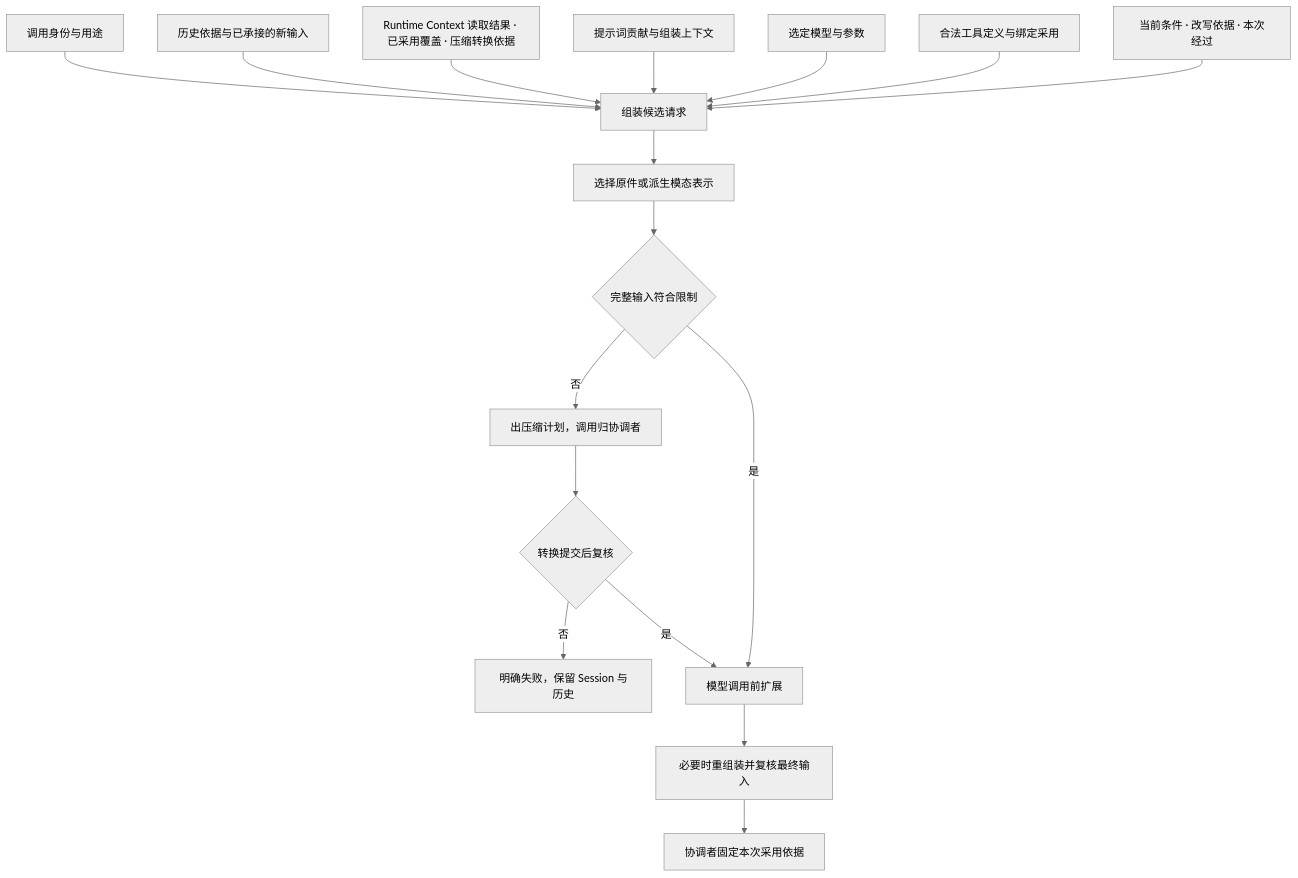
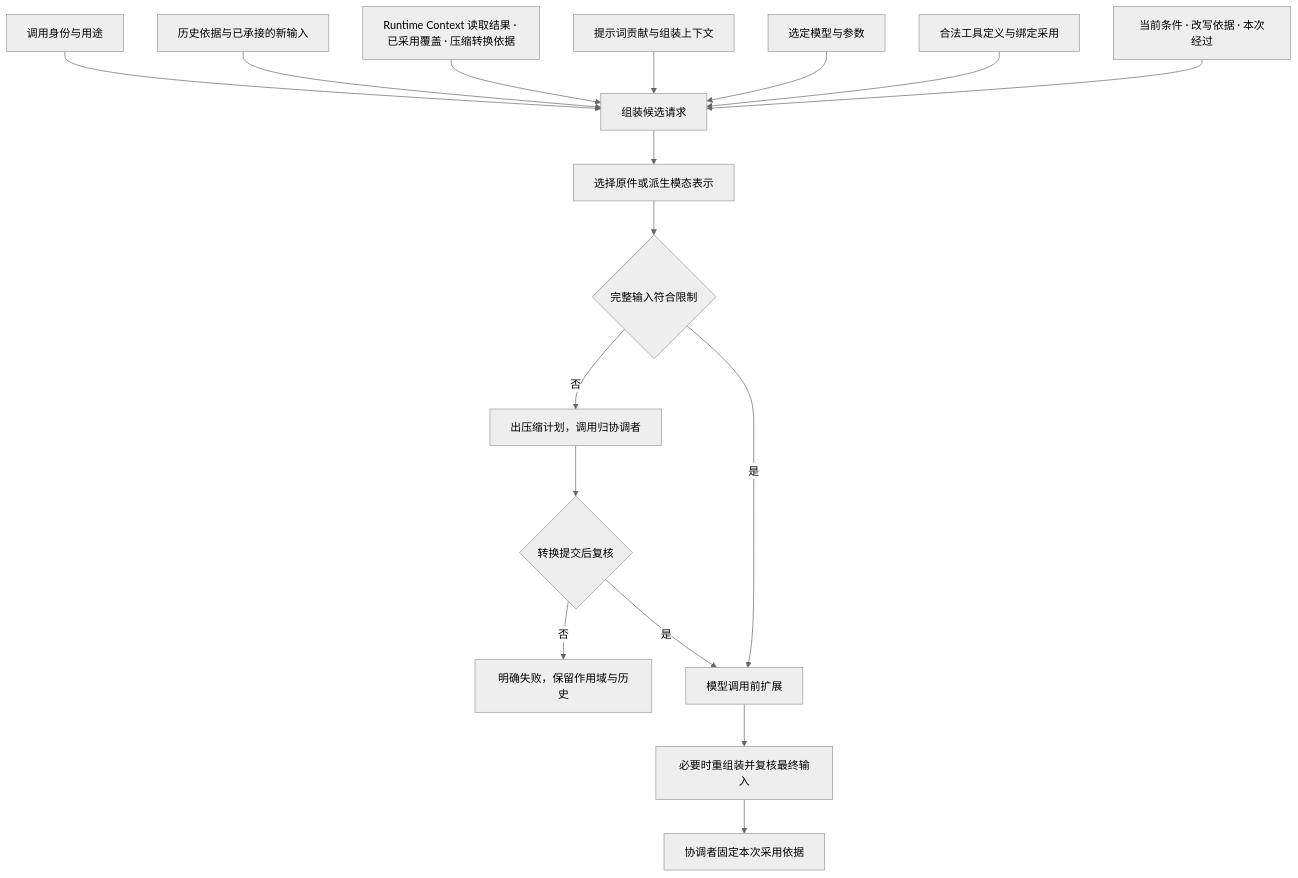
The diagram in docs/architecture/runtime/request-context.md (nemori-ai/omne-harness-lite), drawn with Mermaid (neutral theme) before and after one commit. The commit also changed other lines of this file and 20 other files, not shown here.

````diff
--- a/docs/architecture/runtime/request-context.md
+++ b/docs/architecture/runtime/request-context.md
@@ -25,19 +25,19 @@
 ```mermaid
 flowchart TD
     Who[调用身份与用途] --> Assemble[组装候选请求]
     History[历史依据与已承接的新输入] --> Assemble
     Context[Runtime Context 读取结果 · 已采用覆盖 · 压缩转换依据] --> Assemble
     Prompt[提示词贡献与组装上下文] --> Assemble
     Model[选定模型与参数] --> Assemble
     Tools[合法工具定义与绑定采用] --> Assemble
     Cond[当前条件 · 改写依据 · 本次经过] --> Assemble
     Assemble --> Render[选择原件或派生模态表示]
     Render --> Budget{完整输入符合限制}
     Budget -->|否| Plan[出压缩计划，调用归协调者]
     Plan --> Check{转换提交后复核}
-    Check -->|否| Fail[明确失败，保留 Session 与历史]
+    Check -->|否| Fail[明确失败，保留作用域与历史]
     Check -->|是| Before[模型调用前扩展]
     Budget -->|是| Before
     Before --> Final[必要时重组装并复核最终输入]
     Final --> Freeze[协调者固定本次采用依据]
 ```
````
